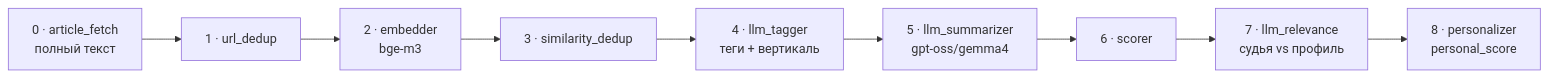
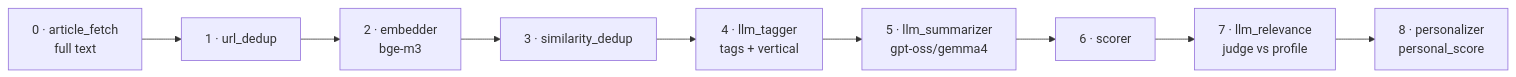
One commit to dream-x/homyak changed the second of 2 diagrams in README.md. Above: the diagram before and after it, drawn with Mermaid. The commit also changed other lines of this file and 3 other files, not shown here.

Commit message:
docs: bilingual README + architecture (EN default, RU) with language switchers; add tscrapper section

````diff
--- a/README.md
+++ b/README.md
@@ -76,8 +78,8 @@
 ```mermaid
 flowchart LR
-    A["0 · article_fetch<br/>полный текст"] --> B["1 · url_dedup"]
+    A["0 · article_fetch<br/>full text"] --> B["1 · url_dedup"]
     B --> C["2 · embedder<br/>bge-m3"] --> D["3 · similarity_dedup"]
-    D --> E["4 · llm_tagger<br/>теги + вертикаль"] --> F["5 · llm_summarizer<br/>gpt-oss/gemma4"]
-    F --> G["6 · scorer"] --> H["7 · llm_relevance<br/>судья vs профиль"]
+    D --> E["4 · llm_tagger<br/>tags + vertical"] --> F["5 · llm_summarizer<br/>gpt-oss/gemma4"]
+    F --> G["6 · scorer"] --> H["7 · llm_relevance<br/>judge vs profile"]
     H --> I["8 · personalizer<br/>personal_score"]
 ```
````
